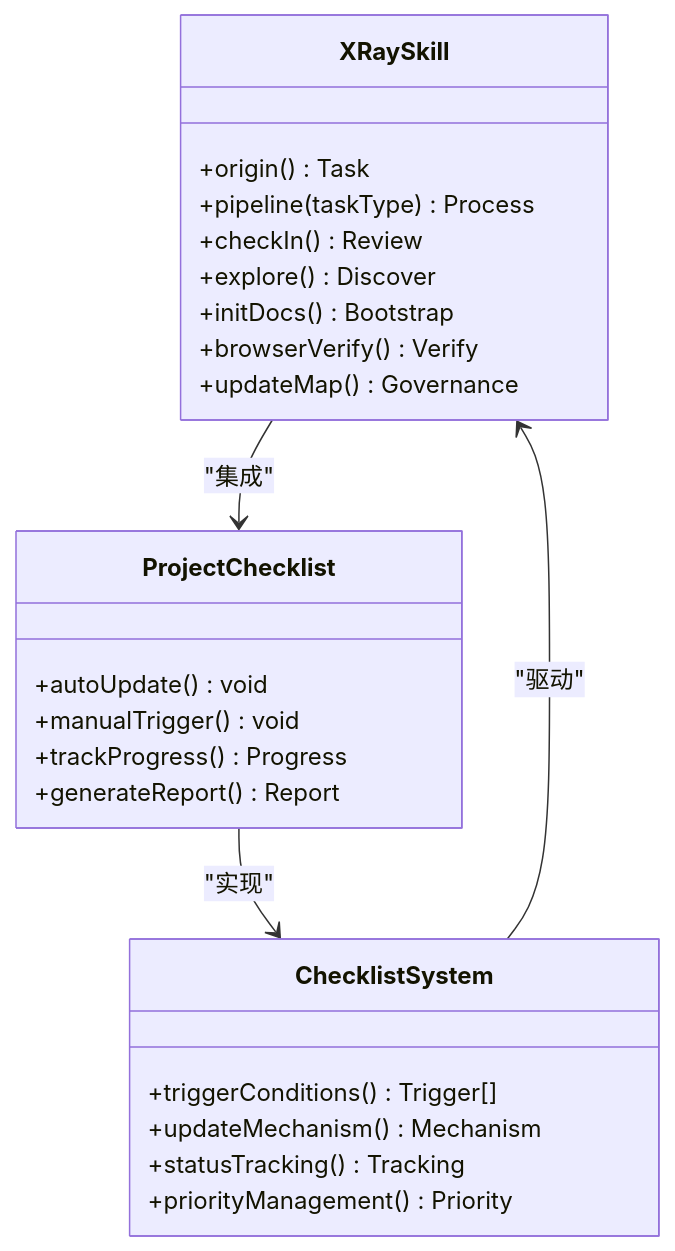
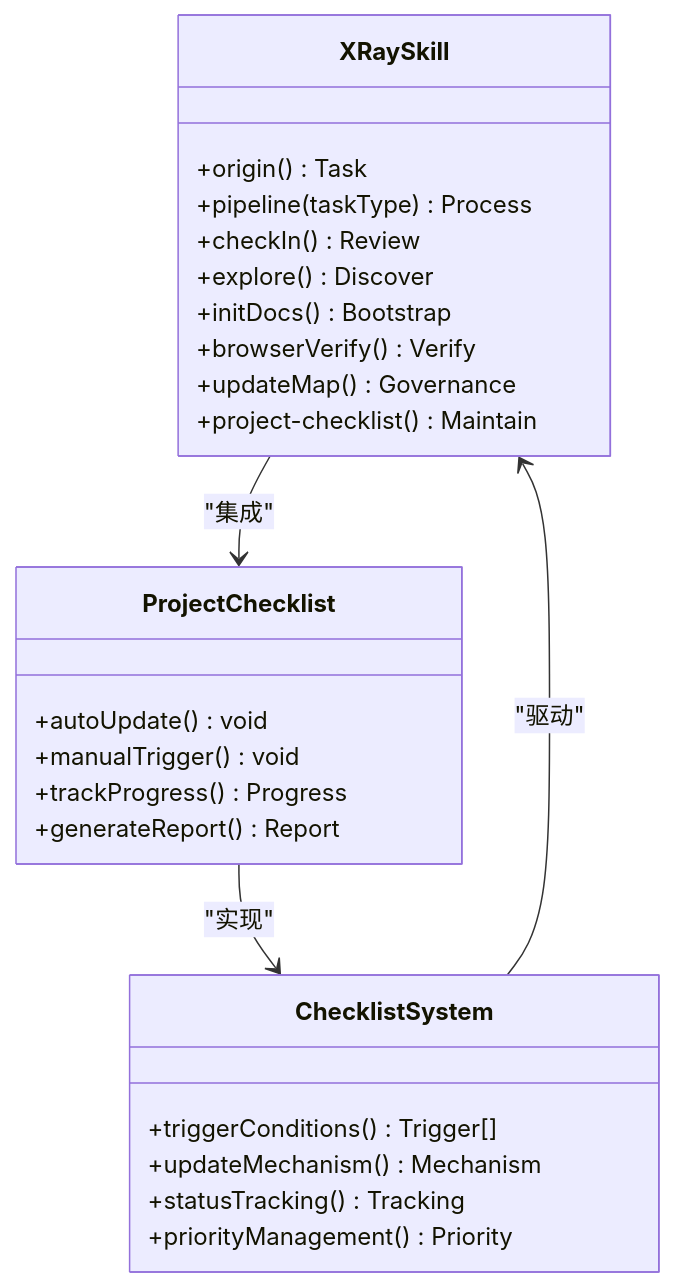
One commit to CryptoLinxu/Web3-AI-Agent changed the sixth of 8 diagrams in .qoder/repowiki/zh/content/项目概述/项目检查表系统.md. Above: the diagram before and after it, drawn with Mermaid. The commit also changed other lines of this file and 8 other files, not shown here.

````diff
--- a/.qoder/repowiki/zh/content/项目概述/项目检查表系统.md
+++ b/.qoder/repowiki/zh/content/项目概述/项目检查表系统.md
@@ -271,27 +301,28 @@
 ```mermaid
 classDiagram
 class XRaySkill {
 +origin() Task
 +pipeline(taskType) Process
 +checkIn() Review
 +explore() Discover
 +initDocs() Bootstrap
 +browserVerify() Verify
 +updateMap() Governance
++project-checklist() Maintain
 }
 class ProjectChecklist {
 +autoUpdate() void
 +manualTrigger() void
 +trackProgress() Progress
 +generateReport() Report
 }
 class ChecklistSystem {
 +triggerConditions() Trigger[]
 +updateMechanism() Mechanism
 +statusTracking() Tracking
 +priorityManagement() Priority
 }
 XRaySkill --> ProjectChecklist : "集成"
 ProjectChecklist --> ChecklistSystem : "实现"
 ChecklistSystem --> XRaySkill : "驱动"
 ```
````
